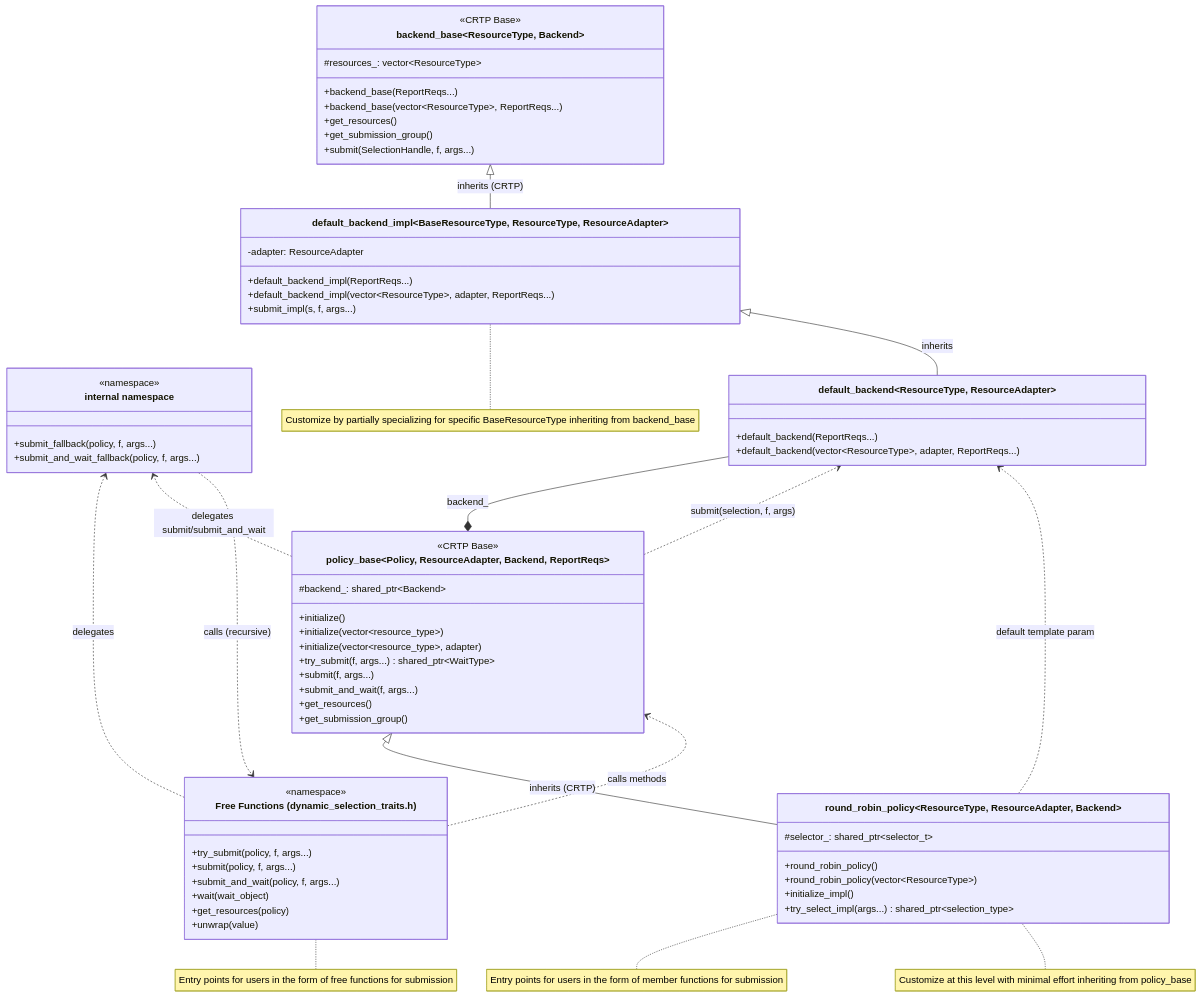
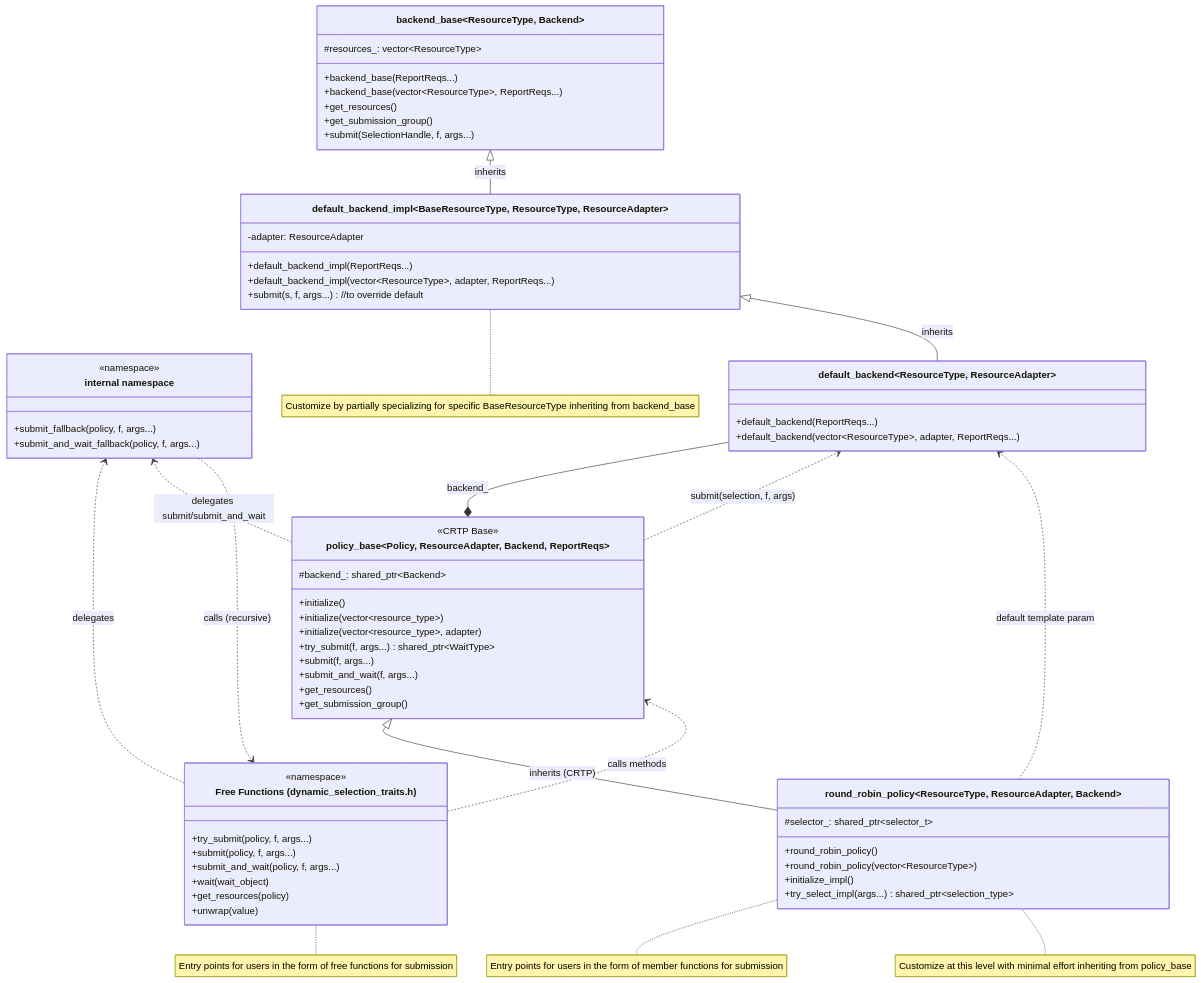
One commit to uxlfoundation/oneDPL changed the diagram in rfcs/experimental/dynamic_selection/customization/README.md. Above: the diagram before and after it, drawn with Mermaid.

Commit message:
removed CRTP from backend_base in diagram

```diff
--- a/rfcs/experimental/dynamic_selection/customization/README.md
+++ b/rfcs/experimental/dynamic_selection/customization/README.md
@@ -43,7 +43,6 @@
 
     %% Backend Layer
     class backend_base~ResourceType, Backend~ {
-        <<CRTP Base>>
         #resources_: vector~ResourceType~
         +backend_base(ReportReqs...)
         +backend_base(vector~ResourceType~, ReportReqs...)
@@ -96,7 +95,7 @@
         -adapter: ResourceAdapter
         +default_backend_impl(ReportReqs...)
         +default_backend_impl(vector~ResourceType~, adapter, ReportReqs...)
-        +submit_impl(s, f, args...)
+        +submit(s, f, args...) //to override default
     }
 
     class default_backend~ResourceType, ResourceAdapter~ {
@@ -106,7 +105,7 @@
 
     %% Relationships - Inheritance
     round_robin_policy --|> policy_base : inherits (CRTP)
-    default_backend_impl --|> backend_base : inherits (CRTP)
+    default_backend_impl --|> backend_base : inherits
     default_backend --|> default_backend_impl : inherits
 
     %% Relationships - Composition
```
